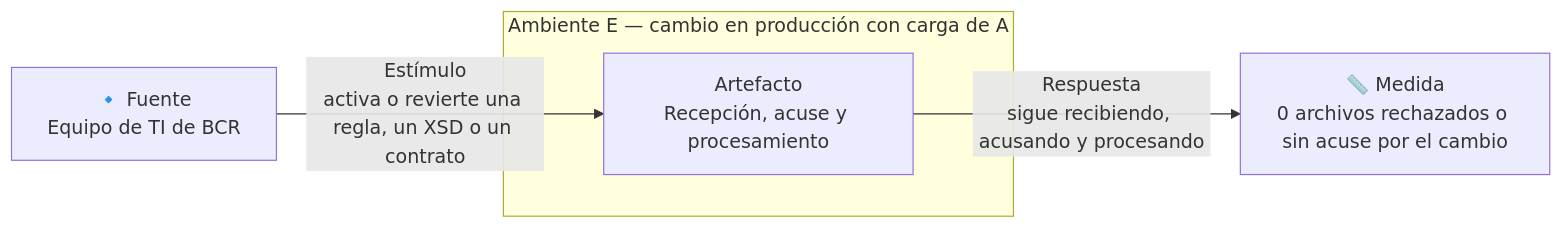
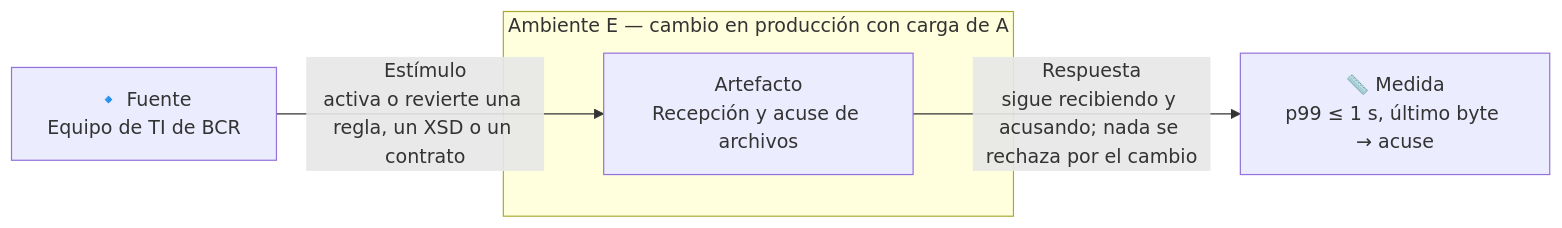
Before and after one commit to MATI-MBIT/arqsoft-reto-4: diagram 11 of 17 in docs/quality-attributes.md, drawn with Mermaid. The commit also changed other lines of this file and 5 other files, not shown here.

````diff
--- a/docs/quality-attributes.md
+++ b/docs/quality-attributes.md
@@ -381,9 +389,9 @@
 ```mermaid
 flowchart LR
     F["🔹 Fuente<br/>Equipo de TI de BCR"]
     F -- "Estímulo<br/>activa o revierte una regla, un XSD o un contrato" --> A
     subgraph AMB["Ambiente E — cambio en producción con carga de A"]
-        A["Artefacto<br/>Recepción, acuse y procesamiento"]
+        A["Artefacto<br/>Recepción y acuse de archivos"]
     end
-    A -- "Respuesta<br/>sigue recibiendo, acusando y procesando" --> M["📏 Medida<br/>0 archivos rechazados o sin acuse por el cambio"]
+    A -- "Respuesta<br/>sigue recibiendo y acusando; nada se rechaza por el cambio" --> M["📏 Medida<br/>p99 ≤ 1 s, último byte → acuse"]
 ```
````
